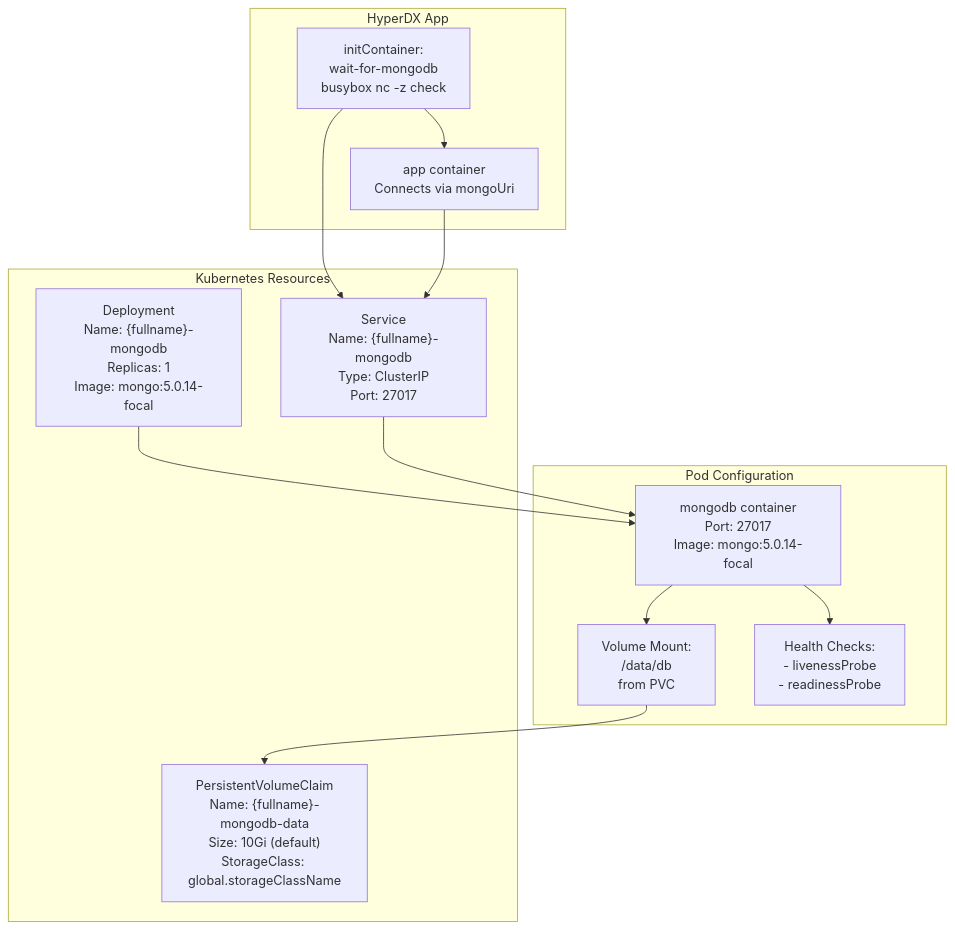
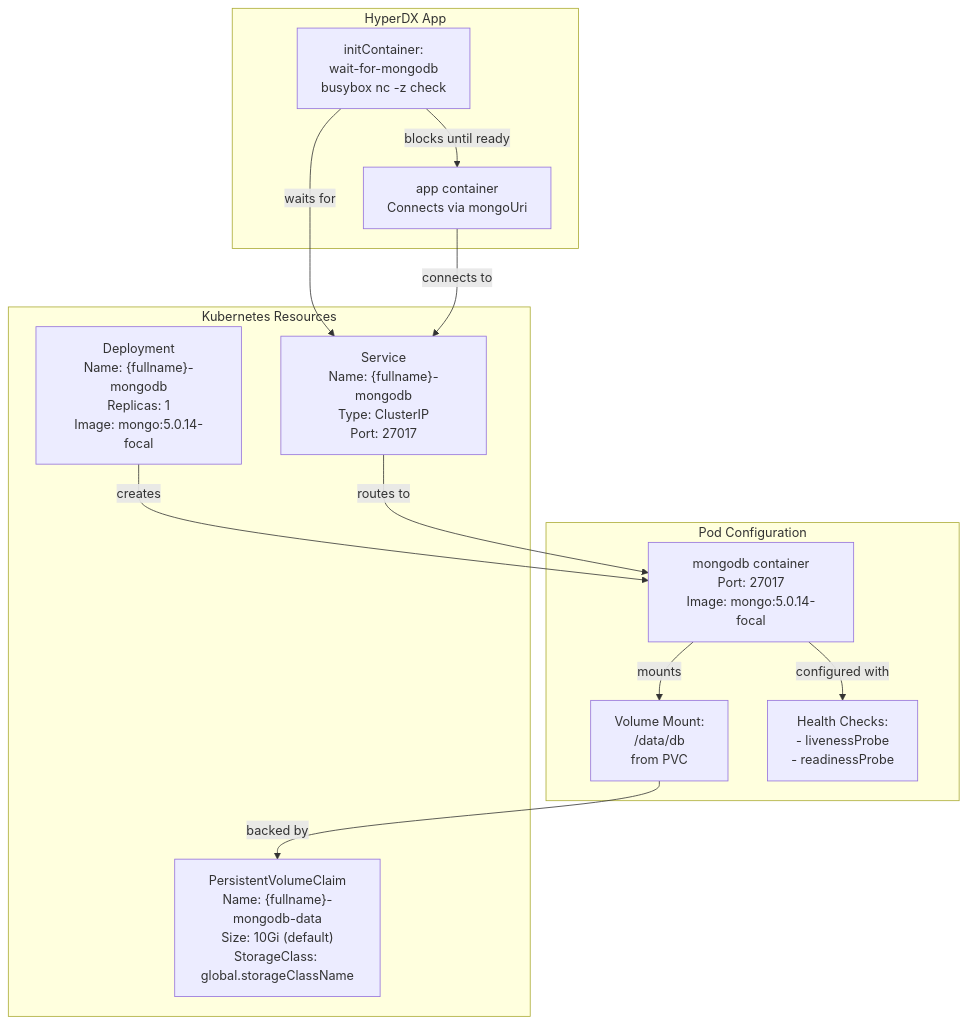
The second of 8 diagrams in docs/hyperdxio-helm-charts-docs/MongoDB.md (openchoreo/openchoreo), drawn with Mermaid before and after one commit. The commit also changed other lines of this file and 85 other files, not shown here.

Commit message:
feat: Add new workflow and specification templates, update Helm chart dependencies, and clarify documentation diagrams.

````diff
--- a/docs/hyperdxio-helm-charts-docs/MongoDB.md
+++ b/docs/hyperdxio-helm-charts-docs/MongoDB.md
@@ -60,38 +60,38 @@
 ```mermaid
 flowchart TD
 
 Deployment["Deployment<br>Name: {fullname}-mongodb<br>Replicas: 1<br>Image: mongo:5.0.14-focal"]
 Service["Service<br>Name: {fullname}-mongodb<br>Type: ClusterIP<br>Port: 27017"]
 PVC["PersistentVolumeClaim<br>Name: {fullname}-mongodb-data<br>Size: 10Gi (default)<br>StorageClass: global.storageClassName"]
 Container["mongodb container<br>Port: 27017<br>Image: mongo:5.0.14-focal"]
 Volume["Volume Mount:<br>/data/db<br>from PVC"]
 Probes["Health Checks:<br>- livenessProbe<br>- readinessProbe"]
 InitContainer["initContainer:<br>wait-for-mongodb<br>busybox nc -z check"]
 AppContainer["app container<br>Connects via mongoUri"]
 
-Deployment --> Container
-Volume --> PVC
-Service --> Container
-InitContainer --> Service
-AppContainer --> Service
+Deployment -->|"creates"| Container
+Volume -->|"backed by"| PVC
+Service -->|"routes to"| Container
+InitContainer -->|"waits for"| Service
+AppContainer -->|"connects to"| Service
 
 subgraph subGraph2 ["HyperDX App"]
     InitContainer
     AppContainer
-    InitContainer --> AppContainer
+    InitContainer -->|"blocks until ready"| AppContainer
 end
 
 subgraph subGraph1 ["Pod Configuration"]
     Container
     Volume
     Probes
-    Container --> Volume
-    Container --> Probes
+    Container -->|"mounts"| Volume
+    Container -->|"configured with"| Probes
 end
 
 subgraph subGraph0 ["Kubernetes Resources"]
     Deployment
     Service
     PVC
 end
 ```
````
